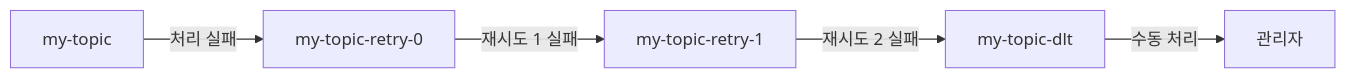
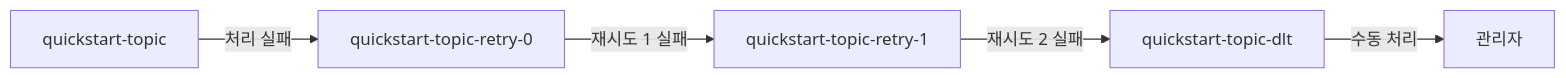
Before and after one commit to kimbenji/kafka-101: the fourth of 4 diagrams in content/ko/kafka/examples/basic.md, drawn with Mermaid. The commit also changed other lines of this file and 1 other file, not shown here.

````diff
--- a/content/ko/kafka/examples/basic.md
+++ b/content/ko/kafka/examples/basic.md
@@ -245,7 +265,7 @@
 ```mermaid
 flowchart LR
-    A[my-topic] -->|처리 실패| B[my-topic-retry-0]
-    B -->|재시도 1 실패| C[my-topic-retry-1]
-    C -->|재시도 2 실패| D[my-topic-dlt]
+    A[quickstart-topic] -->|처리 실패| B[quickstart-topic-retry-0]
+    B -->|재시도 1 실패| C[quickstart-topic-retry-1]
+    C -->|재시도 2 실패| D[quickstart-topic-dlt]
     D -->|수동 처리| E[관리자]
 ```
````
